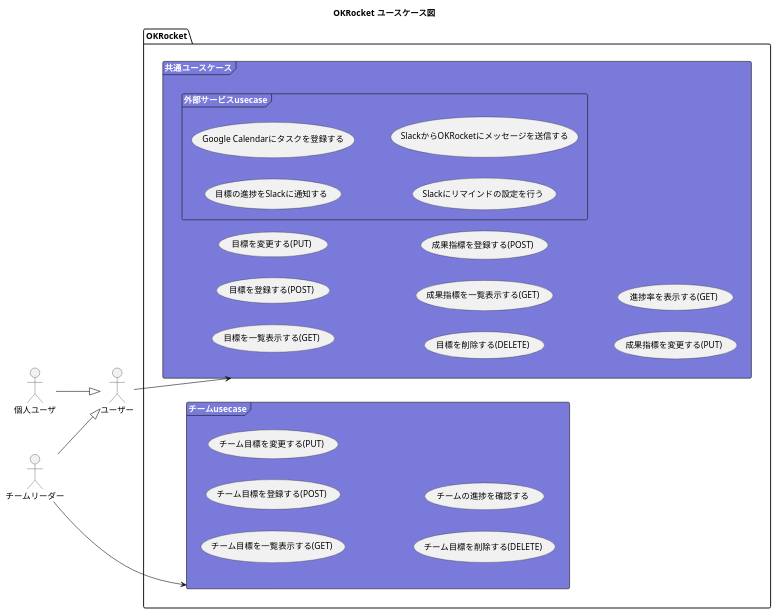
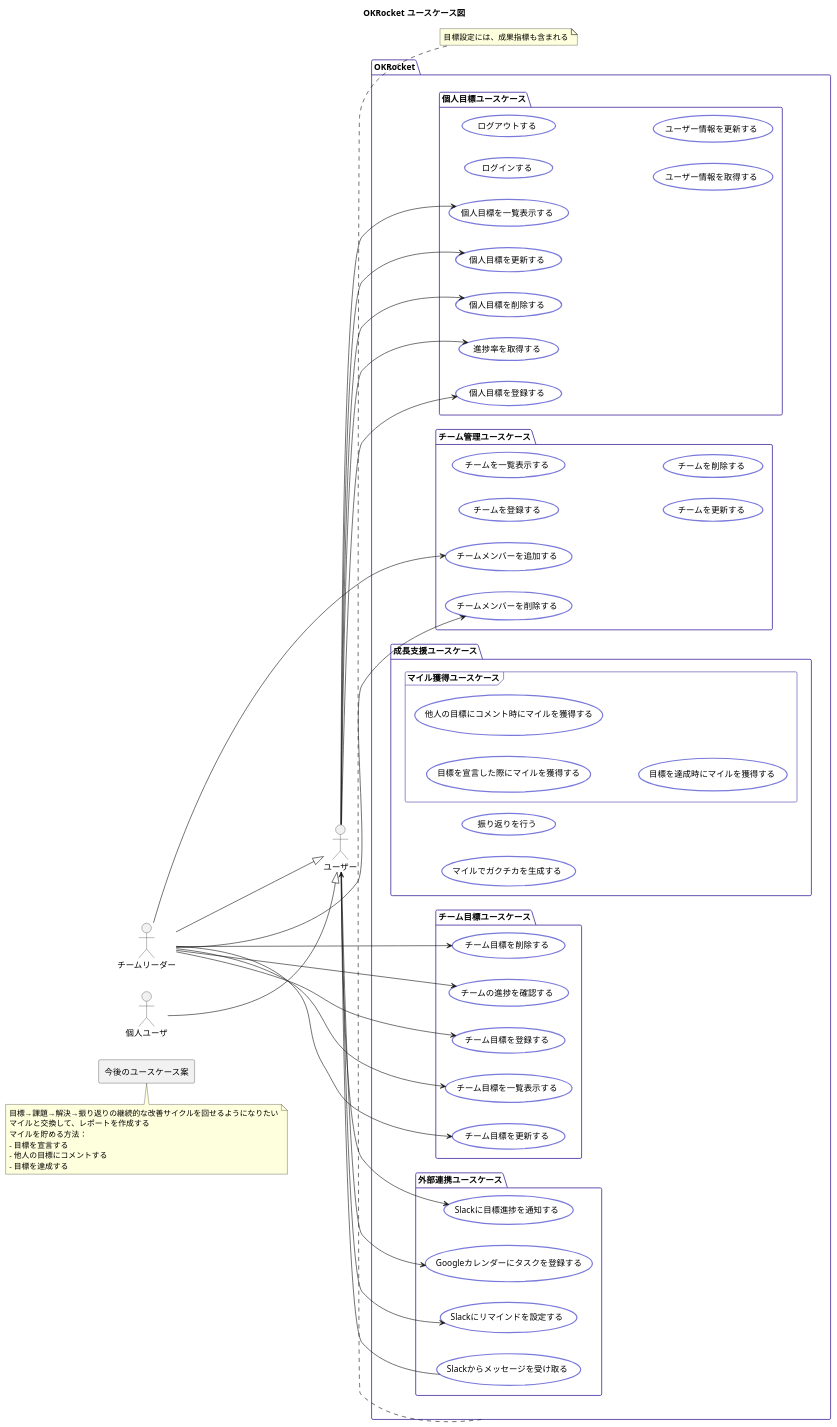
One commit to Yuma-Tsukakoshi/OKRocket changed the diagram in docs/usecase/usecase.pu. Above: the diagram before and after it, drawn with PlantUML.

Commit message:
add: 追加機能の追加

```diff
--- a/docs/usecase/usecase.pu
+++ b/docs/usecase/usecase.pu
@@ -1,57 +1,109 @@
 @startuml
 title OKRocket ユースケース図
+
 left to right direction
 
-skinparam rectangle {
-  BackgroundColor #5941a9
-  FontColor #ffffff
+skinparam usecase {
+  BackgroundColor #ffffff
+  BorderColor #7a7adb
+  FontColor #000000
+  BorderThickness 2
 }
-skinparam frame {
-  BackgroundColor #7a7adb
-  FontColor #ffffff
+skinparam package {
+  BackgroundColor #ffffff
+  BorderColor #5941a9
 }
 
 actor "ユーザー" as UserReader
+actor "チームリーダー" as Admin
 actor "個人ユーザ" as User
-actor "チームリーダー" as Reader
 
 User --|> UserReader
-Reader --|> UserReader
+Admin --|> UserReader
 
 package "OKRocket" {
-  frame "共通ユースケース" as commonUsecase {
-    usecase "目標を一覧表示する(GET)"
-    usecase "目標を登録する(POST)"
-    usecase "目標を変更する(PUT)"
-    usecase "目標を削除する(DELETE)"
+  package "個人目標ユースケース" {
+    usecase "個人目標を登録する" as createObjective
+    usecase "個人目標を一覧表示する" as listObjectives
+    usecase "個人目標を更新する" as updateObjective
+    usecase "個人目標を削除する" as deleteObjective
 
-    usecase "成果指標を一覧表示する(GET)"
-    usecase "成果指標を登録する(POST)"
-    usecase "成果指標を変更する(PUT)"
-    
-    usecase "進捗率を表示する(GET)"
-    
-    frame "外部サービスusecase" as externalUsecase {
-      usecase "目標の進捗をSlackに通知する"
-      usecase "Google Calendarにタスクを登録する"
-      usecase "Slackにリマインドの設定を行う"
-      usecase "SlackからOKRocketにメッセージを送信する"
+    usecase "進捗率を取得する" as getProgressRate
+
+    usecase "ログインする" as login
+    usecase "ログアウトする" as logout
+    usecase "ユーザー情報を取得する" as getUserInfo
+    usecase "ユーザー情報を更新する" as updateUserInfo
+  }
+
+  package "チーム管理ユースケース" {
+    usecase "チームを登録する" as createTeam
+    usecase "チームを一覧表示する" as listTeams
+    usecase "チームを更新する" as updateTeam
+    usecase "チームを削除する" as deleteTeam
+      
+    usecase "チームメンバーを追加する" as addTeamMember
+    usecase "チームメンバーを削除する" as removeTeamMember
+  }
+
+  package "成長支援ユースケース" {
+    usecase "振り返りを行う" as registerImprovementCycle
+    usecase "マイルでガクチカを生成する" as generateGakuchikaWithMile
+
+    frame "マイル獲得ユースケース" {
+      usecase "目標を宣言した際にマイルを獲得する" as declareGoalToEarnMile
+      usecase "他人の目標にコメント時にマイルを獲得する" as commentOnGoalToEarnMile
+      usecase "目標を達成時にマイルを獲得する" as achieveGoalToEarnMile
     }
   }
 
-  frame "チームusecase" as teamUsecase {
-    usecase "チーム目標を一覧表示する(GET)"
-    usecase "チーム目標を登録する(POST)"
-    usecase "チーム目標を変更する(PUT)"
-    usecase "チーム目標を削除する(DELETE)"
-    usecase "チームの進捗を確認する"
+  package "チーム目標ユースケース" {
+    usecase "チーム目標を登録する" as createTeamObjective
+    usecase "チーム目標を一覧表示する" as listTeamObjectives
+    usecase "チーム目標を更新する" as updateTeamObjective
+    usecase "チーム目標を削除する" as deleteTeamObjective
+    usecase "チームの進捗を確認する" as getTeamProgressRate
   }
 
+  package "外部連携ユースケース" {
+    usecase "Slackに目標進捗を通知する" as notifyProgressToSlack
+    usecase "Googleカレンダーにタスクを登録する" as registerTaskToGoogleCalendar
+    usecase "Slackにリマインドを設定する" as setSlackReminder
+    usecase "Slackからメッセージを受け取る" as receiveMessageFromSlack
+  }
 }
 
+UserReader --> createObjective
+UserReader --> listObjectives
+UserReader --> updateObjective
+UserReader --> deleteObjective
+UserReader --> getProgressRate
 
-UserReader --> commonUsecase
-Reader --> teamUsecase
+Admin --> createTeamObjective
+Admin --> listTeamObjectives
+Admin --> updateTeamObjective
+Admin --> deleteTeamObjective
+Admin --> getTeamProgressRate
+Admin --> addTeamMember
+Admin --> removeTeamMember
 
+UserReader --> notifyProgressToSlack
+UserReader --> registerTaskToGoogleCalendar
+UserReader --> setSlackReminder
+receiveMessageFromSlack --> UserReader
+
+rectangle "今後のユースケース案" as futureUseCases
+note bottom of futureUseCases
+  目標→課題→解決→振り返りの継続的な改善サイクルを回せるようになりたい
+  マイルと交換して、レポートを作成する
+  マイルを貯める方法：
+  - 目標を宣言する
+  - 他人の目標にコメントする
+  - 目標を達成する
+endnote
+
+note bottom of OKRocket
+  目標設定には、成果指標も含まれる
+endnote
 
 @enduml
```
